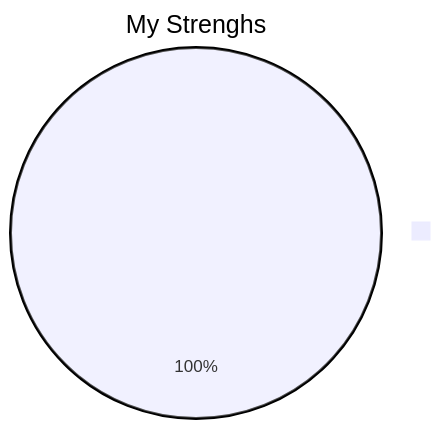
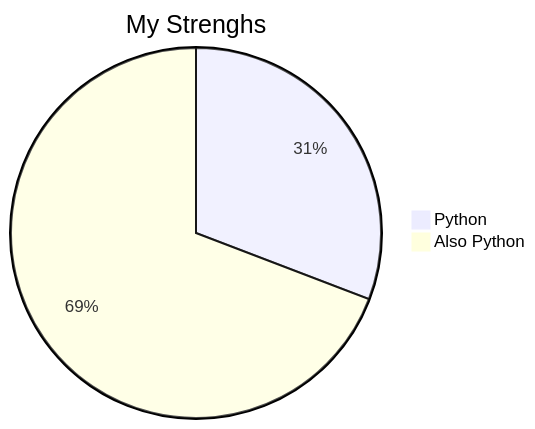
Before and after one commit to EricTelekom/EricTelekom: the first of 2 diagrams in README.md, drawn with Mermaid.

````diff
--- a/README.md
+++ b/README.md
@@ -18,4 +18,5 @@
 ```mermaid
 pie  title  My Strenghs
-" " : 1
+"Python" : 187
+"Also Python" : 420
 ```
````
